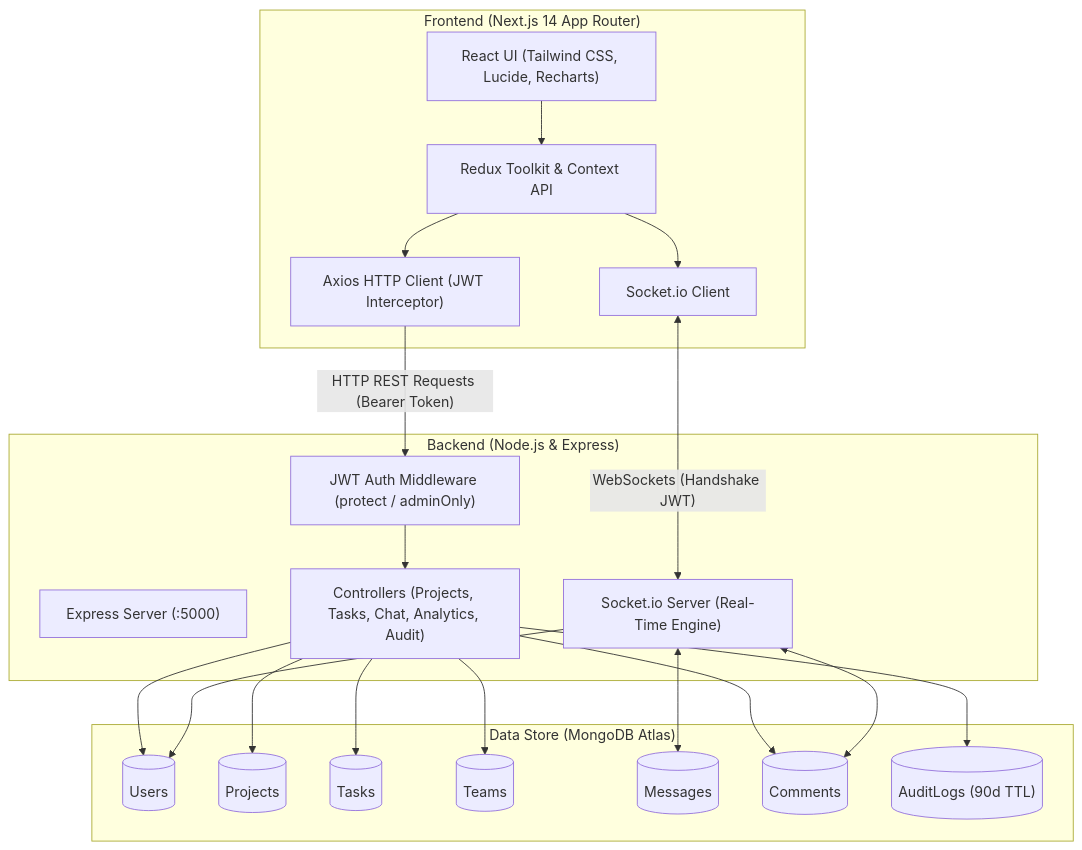
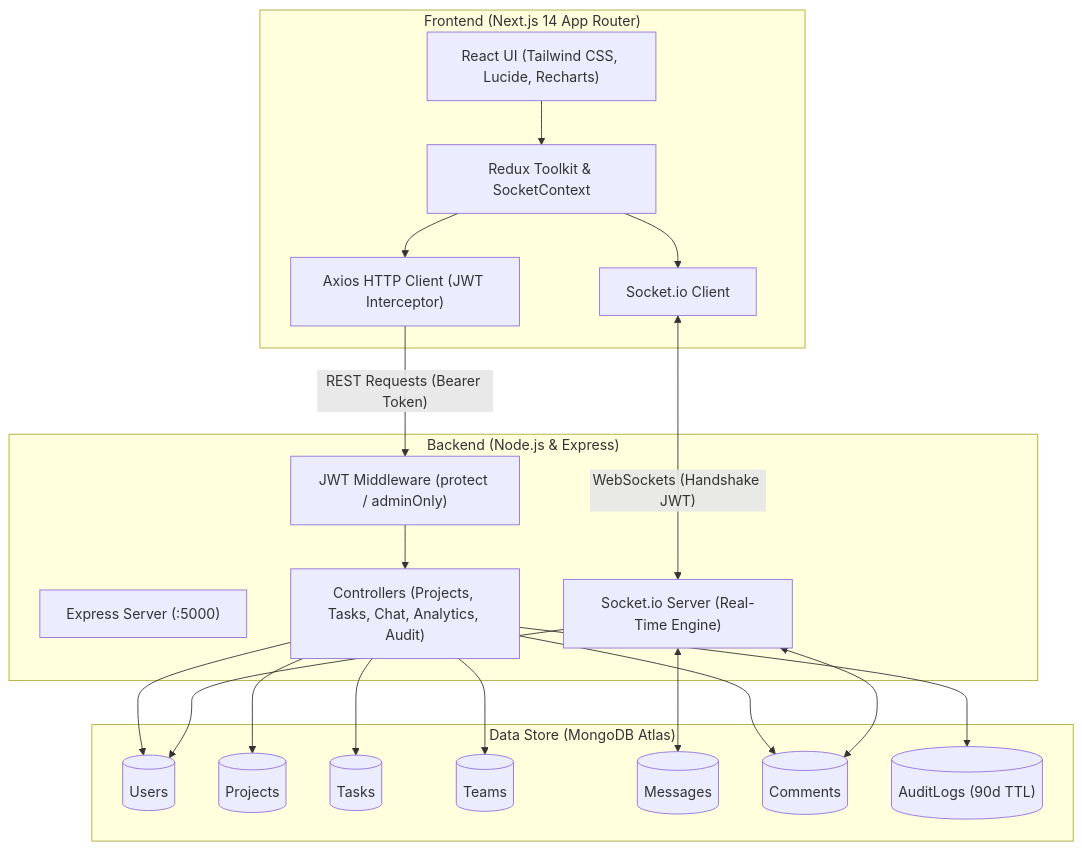
One commit to wizif/the_project_ changed the diagram in README.md. Above: the diagram before and after it, drawn with Mermaid. The commit also changed other lines of this file, not shown here.

````diff
--- a/README.md
+++ b/README.md
@@ -70,44 +91,44 @@
 ```mermaid
 graph TD
     subgraph Client ["Frontend (Next.js 14 App Router)"]
         UI["React UI (Tailwind CSS, Lucide, Recharts)"]
-        State["Redux Toolkit & Context API"]
+        State["Redux Toolkit & SocketContext"]
         AxiosClient["Axios HTTP Client (JWT Interceptor)"]
         SocketClient["Socket.io Client"]
     end
 
     subgraph Server ["Backend (Node.js & Express)"]
         ExpressApp["Express Server (:5000)"]
-        AuthMiddleware["JWT Auth Middleware (protect / adminOnly)"]
+        AuthMiddleware["JWT Middleware (protect / adminOnly)"]
         Controllers["Controllers (Projects, Tasks, Chat, Analytics, Audit)"]
         SocketServer["Socket.io Server (Real-Time Engine)"]
     end
 
     subgraph Database ["Data Store (MongoDB Atlas)"]
         MongoUsers[("Users")]
         MongoProjects[("Projects")]
         MongoTasks[("Tasks")]
         MongoTeams[("Teams")]
         MongoMessages[("Messages")]
         MongoComments[("Comments")]
         MongoLogs[("AuditLogs (90d TTL)")]
     end
 
     UI --> State
     State --> AxiosClient
     State --> SocketClient
-    AxiosClient -->|"HTTP REST Requests (Bearer Token)"| AuthMiddleware
+    AxiosClient -->|"REST Requests (Bearer Token)"| AuthMiddleware
     SocketClient <-->|"WebSockets (Handshake JWT)"| SocketServer
 
     AuthMiddleware --> Controllers
     Controllers --> MongoUsers
     Controllers --> MongoProjects
     Controllers --> MongoTasks
     Controllers --> MongoTeams
     Controllers --> MongoComments
     Controllers --> MongoLogs
 
     SocketServer <--> MongoMessages
     SocketServer <--> MongoComments
     SocketServer --> MongoUsers
 ```
````
